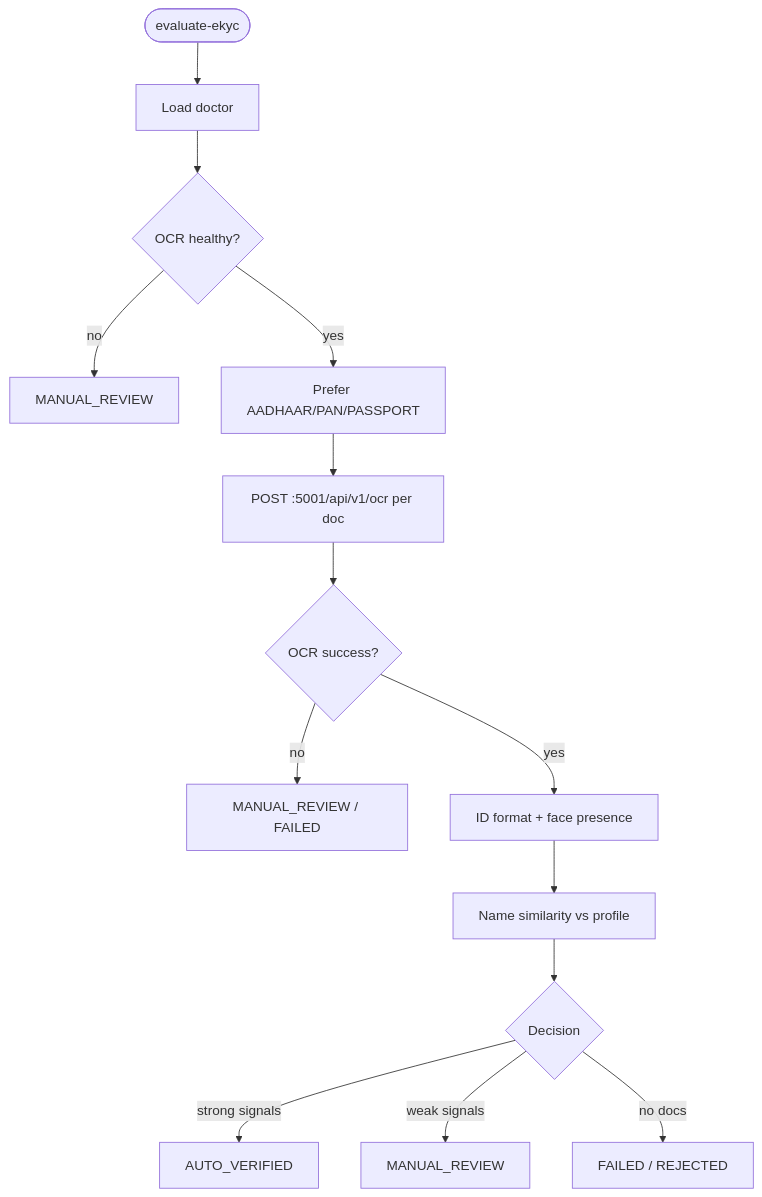
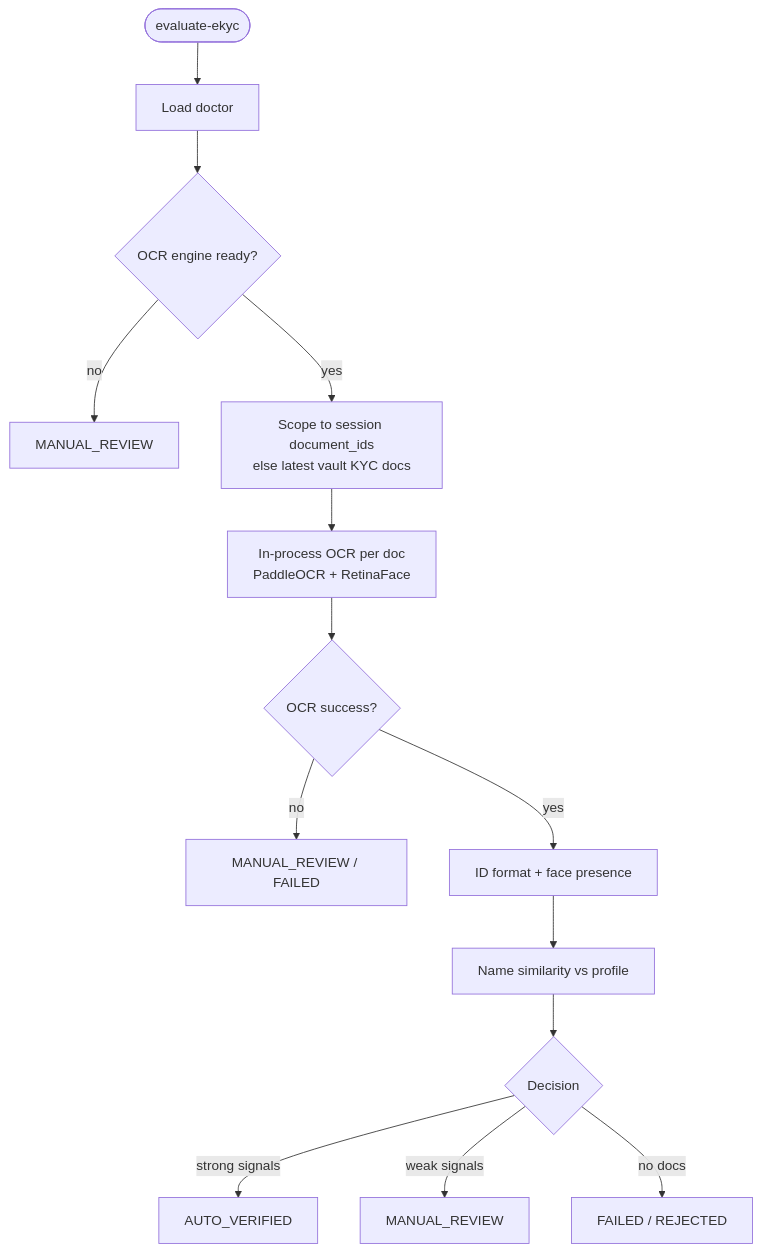
Before and after one commit to Saravanan2005real/zudoc-doctor-portal-EKYC: the third of 5 diagrams in README.md, drawn with Mermaid. The commit also changed other lines of this file and 18 other files, not shown here.

First line of the commit message:
Improve Step 4 liveness and sync architecture docs with in-process OCR.

````diff
--- a/README.md
+++ b/README.md
@@ -149,16 +147,16 @@
 ```mermaid
 flowchart TD
   A(["evaluate-ekyc"]) --> B[Load doctor]
-  B --> C{OCR healthy?}
+  B --> C{OCR engine ready?}
   C -->|no| MR1[MANUAL_REVIEW]
-  C -->|yes| D[Prefer AADHAAR/PAN/PASSPORT]
-  D --> E["POST :5001/api/v1/ocr per doc"]
+  C -->|yes| D[Scope to session document_ids<br/>else latest vault KYC docs]
+  D --> E["In-process OCR per doc<br/>PaddleOCR + RetinaFace"]
   E --> F{OCR success?}
   F -->|no| MR2[MANUAL_REVIEW / FAILED]
   F -->|yes| G[ID format + face presence]
   G --> H[Name similarity vs profile]
   H --> I{Decision}
   I -->|strong signals| AV[AUTO_VERIFIED]
   I -->|weak signals| MR3[MANUAL_REVIEW]
   I -->|no docs| FAIL[FAILED / REJECTED]
 ```
````
